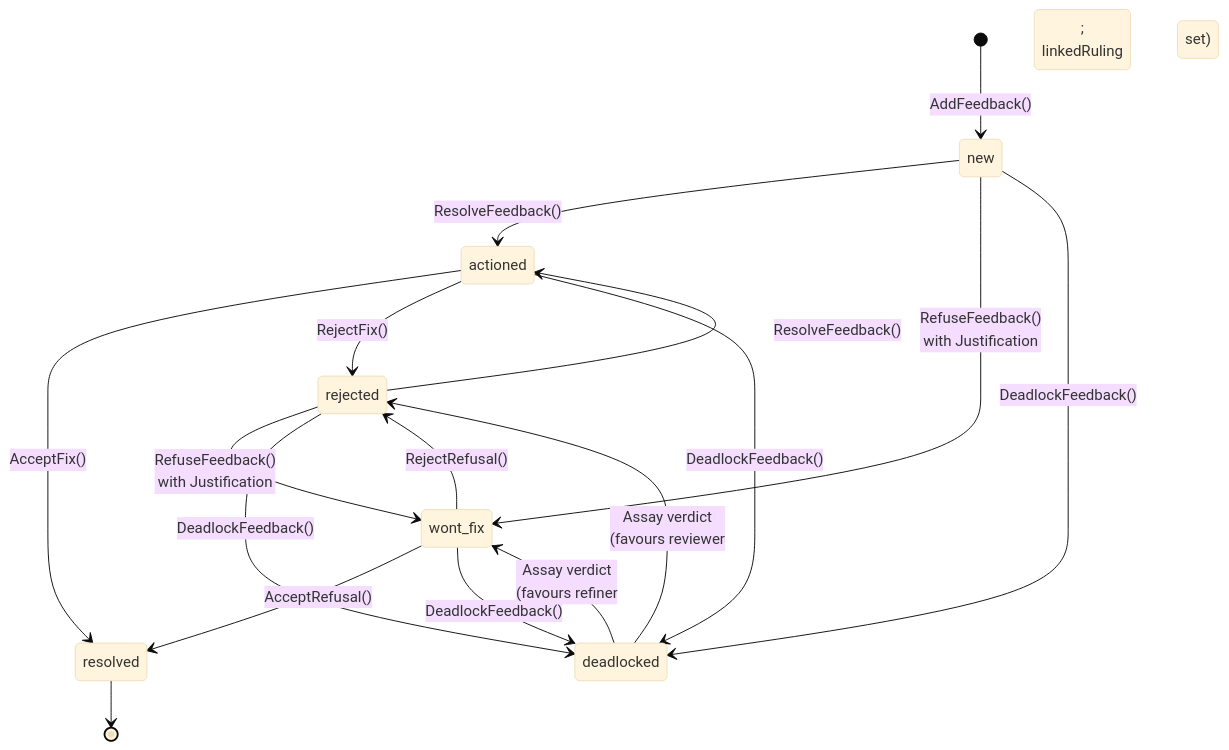
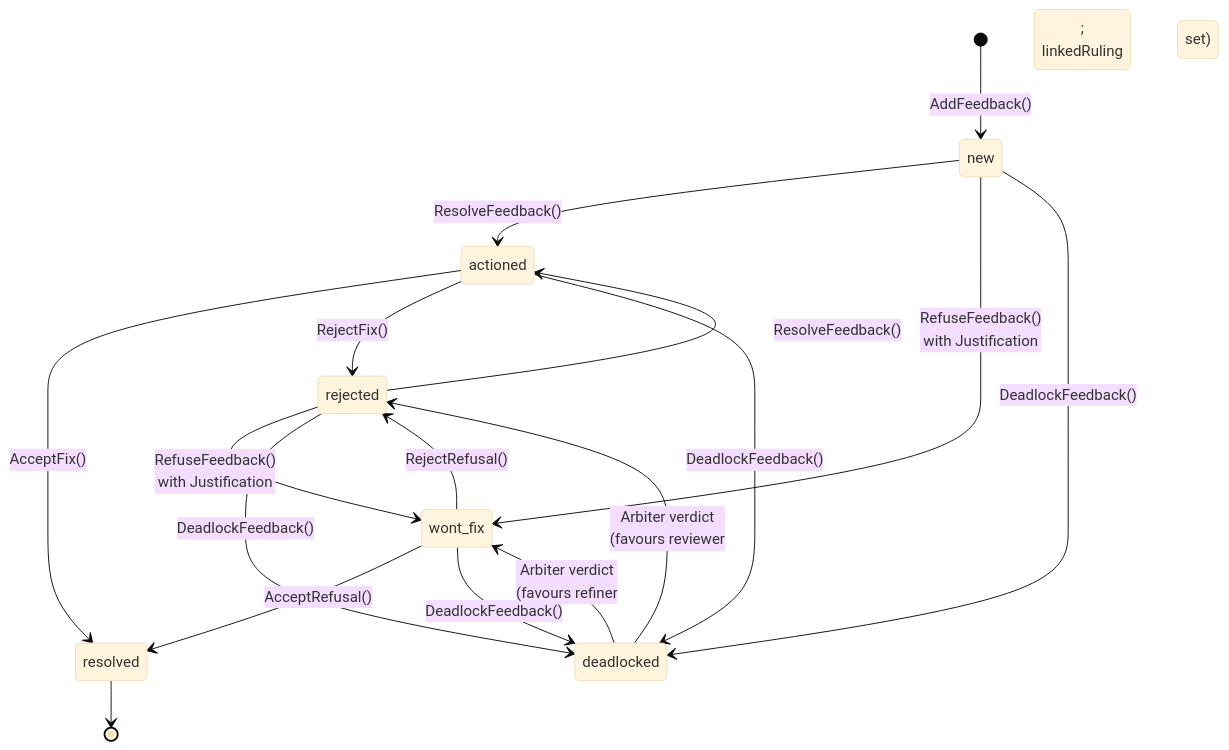
Before and after one commit to really-knows-ai/gideas: the third of 3 diagrams in specs/01-concepts/03-data-model.md, drawn with Mermaid (base theme). The commit also changed other lines of this file and 34 other files, not shown here.

First line of the commit message:
refactor: decompose Assay into Judiciary subsystem (Arbiter, Tribunal, Advocate, Jury, Clerk)

````diff
--- a/specs/01-concepts/03-data-model.md
+++ b/specs/01-concepts/03-data-model.md
@@ -244,27 +244,27 @@
 ```mermaid
 stateDiagram-v2
     [*] --> new : AddFeedback()
 
     new --> actioned : ResolveFeedback()
     new --> wont_fix : RefuseFeedback()<br/>with Justification
 
     actioned --> resolved : AcceptFix()
     actioned --> rejected : RejectFix()
 
     wont_fix --> resolved : AcceptRefusal()
     wont_fix --> rejected : RejectRefusal()
     new --> deadlocked : DeadlockFeedback()
 
     actioned --> deadlocked : DeadlockFeedback()
 
     wont_fix --> deadlocked : DeadlockFeedback()
 
     rejected --> actioned : ResolveFeedback()
     rejected --> wont_fix : RefuseFeedback()<br/>with Justification
     rejected --> deadlocked : DeadlockFeedback()
 
-    deadlocked --> wont_fix : Assay verdict<br/>(favours refiner;<br/>linkedRuling set)
-    deadlocked --> rejected : Assay verdict<br/>(favours reviewer;<br/>linkedRuling set)
+    deadlocked --> wont_fix : Arbiter verdict<br/>(favours refiner;<br/>linkedRuling set)
+    deadlocked --> rejected : Arbiter verdict<br/>(favours reviewer;<br/>linkedRuling set)
 
     resolved --> [*]
 ```
````
